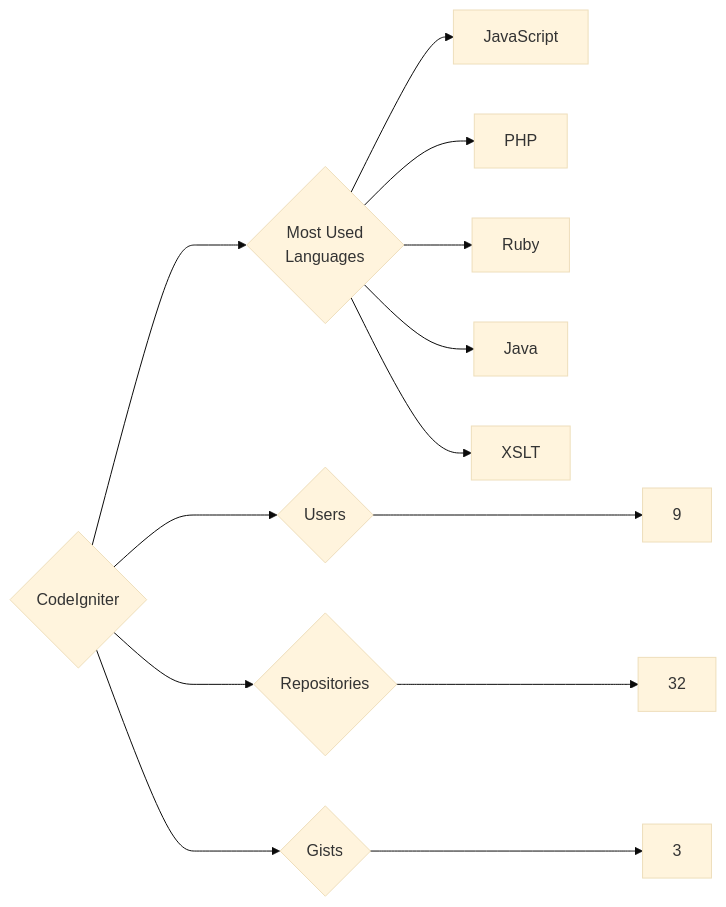
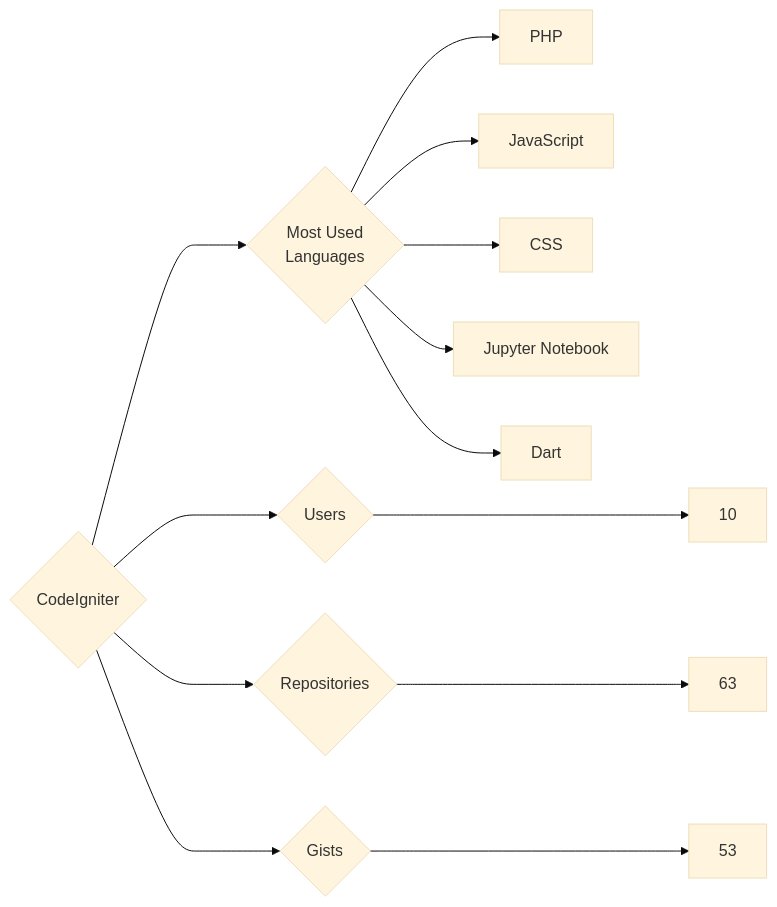
One commit to trickest/insiders changed the diagram in targets/CodeIgniter/README.md. Above: the diagram before and after it, drawn with Mermaid (base theme). The commit also changed 880 other files, not shown here.

````diff
--- a/targets/CodeIgniter/README.md
+++ b/targets/CodeIgniter/README.md
@@ -3,13 +3,13 @@
 ```mermaid
 graph LR
 COMPANY_NAME{CodeIgniter}
-COMPANY_NAME ---> U{Users} ---> UN[9]
-COMPANY_NAME ---> R{Repositories} ---> RN[32]
-COMPANY_NAME ---> G{Gists} ---> GN[3]
+COMPANY_NAME ---> U{Users} ---> UN[10]
+COMPANY_NAME ---> R{Repositories} ---> RN[63]
+COMPANY_NAME ---> G{Gists} ---> GN[53]
 COMPANY_NAME ---> ML{Most Used<br>Languages}
+ML --> PHP[PHP]
 ML --> JavaScript[JavaScript]
-ML --> PHP[PHP]
-ML --> Ruby[Ruby]
-ML --> Java[Java]
-ML --> XSLT[XSLT]
+ML --> CSS[CSS]
+ML --> Jupyter_Notebook[Jupyter Notebook]
+ML --> Dart[Dart]
 ```
````
